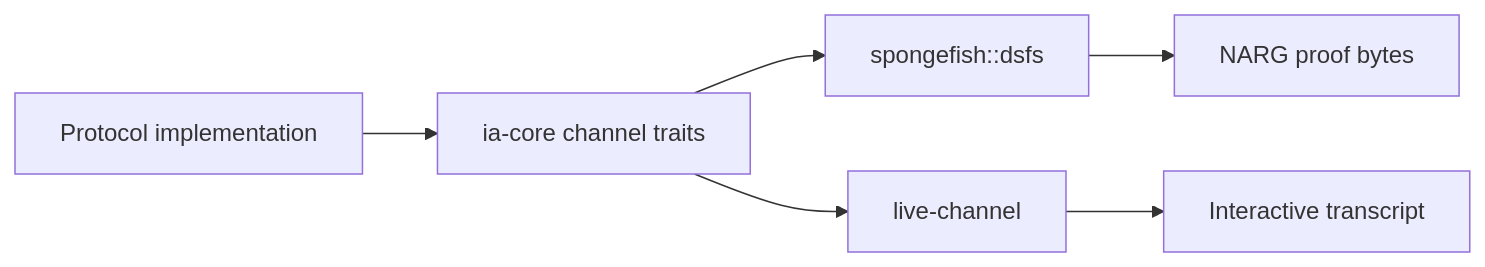
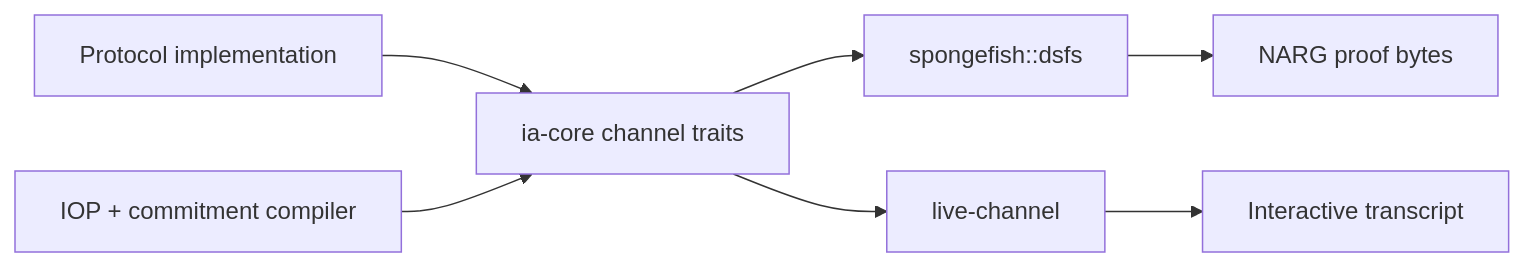
One commit to ricardo-perello/argus changed the diagram in docs/architecture/overview.md. Above: the diagram before and after it, drawn with Mermaid. The commit also changed other lines of this file and 10 other files, not shown here.

````diff
--- a/docs/architecture/overview.md
+++ b/docs/architecture/overview.md
@@ -35,8 +36,9 @@
 ```mermaid
 flowchart LR
     A["Protocol implementation"] --> B["ia-core channel traits"]
+    G["IOP + commitment compiler"] --> B
     B --> C["spongefish::dsfs"]
     B --> D["live-channel"]
     C --> E["NARG proof bytes"]
     D --> F["Interactive transcript"]
 ```
````
